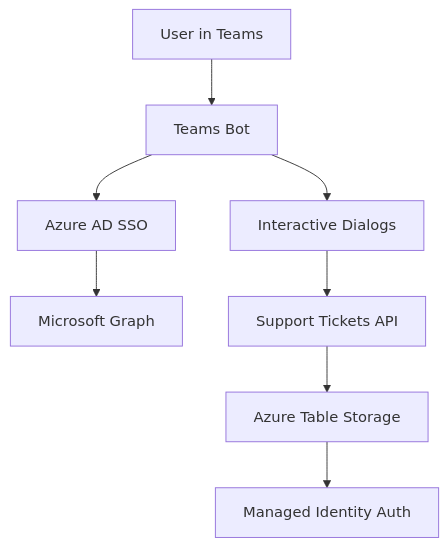
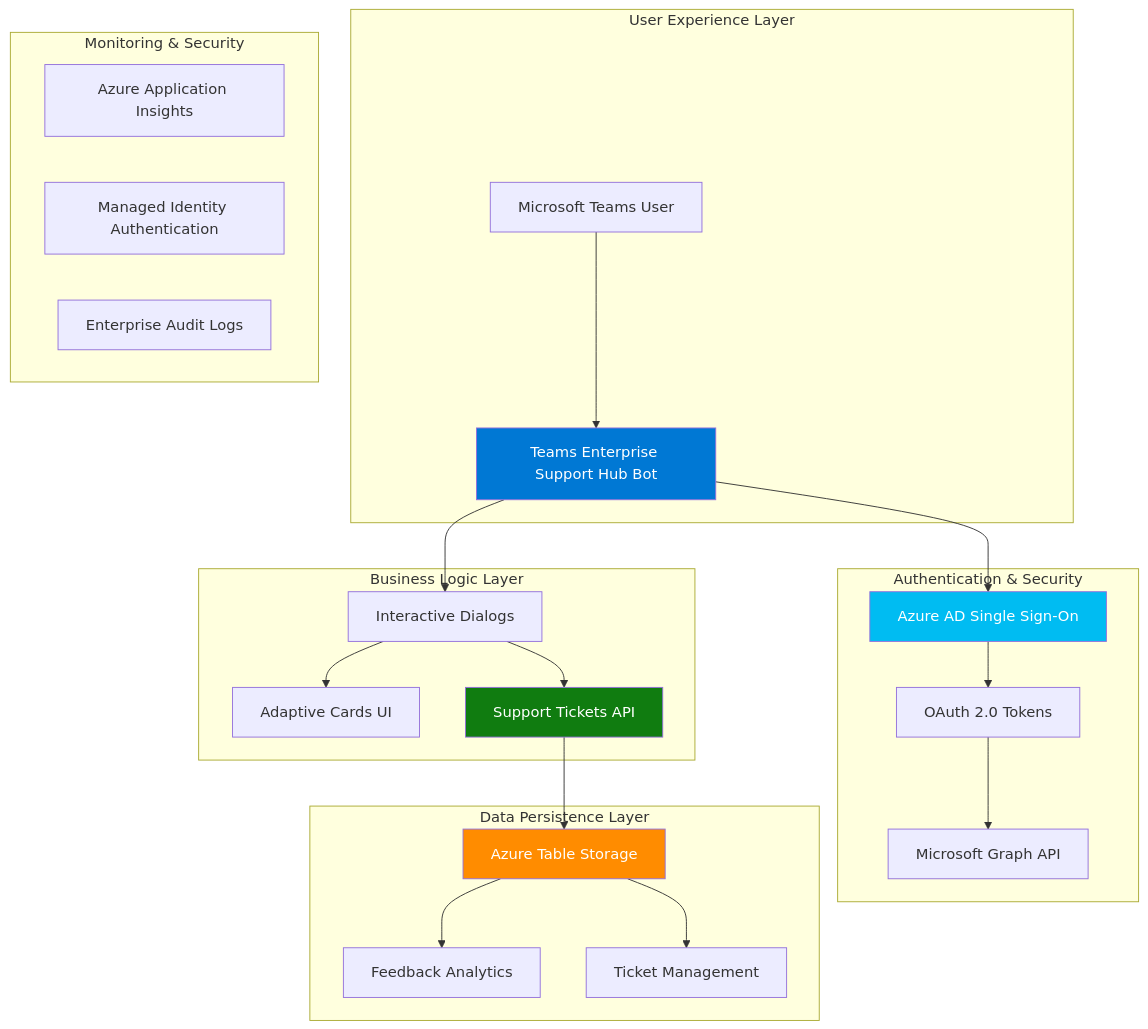
The diagram in README.md (sayedpfe/BotwithTeamsSSO), drawn with Mermaid before and after one commit. The commit also changed other lines of this file and 3 other files, not shown here.

First line of the commit message:
feat: Rebrand solution as 'Teams Enterprise Support Hub' for customer presentation

````diff
--- a/README.md
+++ b/README.md
@@ -33,10 +35,35 @@
 ```mermaid
-graph TD
-    A[User in Teams] --> B[Teams Bot]
-    B --> C[Azure AD SSO]
-    C --> D[Microsoft Graph]
-    B --> E[Interactive Dialogs]
-    E --> F[Support Tickets API]
-    F --> G[Azure Table Storage]
-    G --> H[Managed Identity Auth]
+graph TB
+    subgraph "User Experience Layer"
+        A[Microsoft Teams User] --> B[Teams Enterprise Support Hub Bot]
+    end
+    
+    subgraph "Authentication & Security"
+        B --> C[Azure AD Single Sign-On]
+        C --> D[OAuth 2.0 Tokens]
+        D --> E[Microsoft Graph API]
+    end
+    
+    subgraph "Business Logic Layer"
+        B --> F[Interactive Dialogs]
+        F --> G[Adaptive Cards UI]
+        F --> H[Support Tickets API]
+    end
+    
+    subgraph "Data Persistence Layer"
+        H --> I[Azure Table Storage]
+        I --> J[Feedback Analytics]
+        I --> K[Ticket Management]
+    end
+    
+    subgraph "Monitoring & Security"
+        L[Azure Application Insights]
+        M[Managed Identity Authentication]
+        N[Enterprise Audit Logs]
+    end
+    
+    style B fill:#0078d4,color:#fff
+    style C fill:#00bcf2,color:#fff
+    style H fill:#107c10,color:#fff
+    style I fill:#ff8c00,color:#fff
 ```
````
